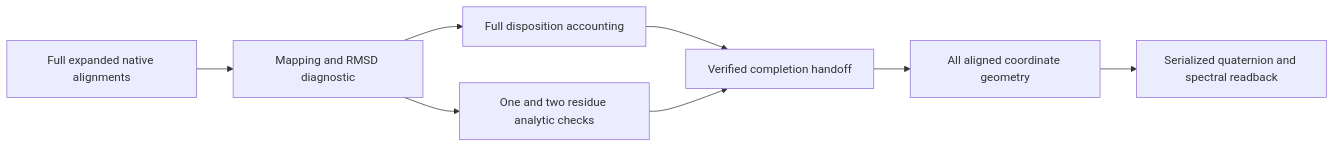
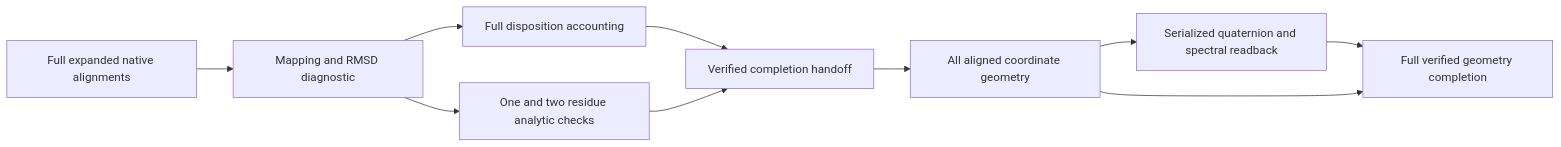
The diagram in docs/duplication-sampling-coverage-20260926.md (JLSteenwyk/fungal-structural-evolution), drawn with Mermaid before and after one commit. The commit also changed other lines of this file and 22 other files, not shown here.

Commit message:
Verify ancestral posterior sensitivity and queue expanded geometry completion

````diff
--- a/docs/duplication-sampling-coverage-20260926.md
+++ b/docs/duplication-sampling-coverage-20260926.md
@@ -587,10 +587,12 @@
 ```mermaid
 flowchart LR
   A[Full expanded native alignments] --> D[Mapping and RMSD diagnostic]
   D --> C[Full disposition accounting]
   D --> S[One and two residue analytic checks]
   C --> H[Verified completion handoff]
   S --> H
   H --> G[All aligned coordinate geometry]
   G --> R[Serialized quaternion and spectral readback]
+  R --> F[Full verified geometry completion]
+  G --> F
 ```
````
